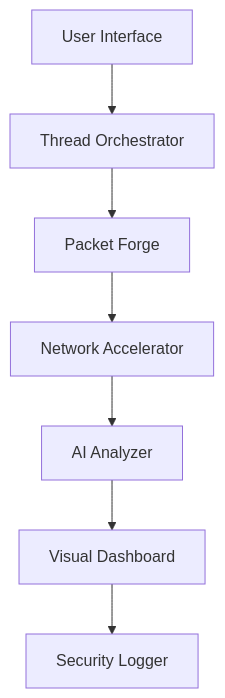
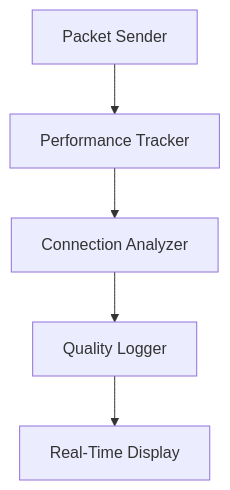
The diagram in README.md (zar7real/seather), drawn with Mermaid before and after one commit. The commit also changed other lines of this file, not shown here.

````diff
--- a/README.md
+++ b/README.md
@@ -75,9 +96,7 @@
 ```mermaid
 graph TD
-    A[User Interface] --> B[Thread Orchestrator]
-    B --> C[Packet Forge]
-    C --> D[Network Accelerator]
-    D --> E[AI Analyzer]
-    E --> F[Visual Dashboard]
-    F --> G[Security Logger]
+    A[Packet Sender] --> B[Performance Tracker]
+    B --> C[Connection Analyzer]
+    C --> D[Quality Logger]
+    D --> E[Real-Time Display]
 ```
````
